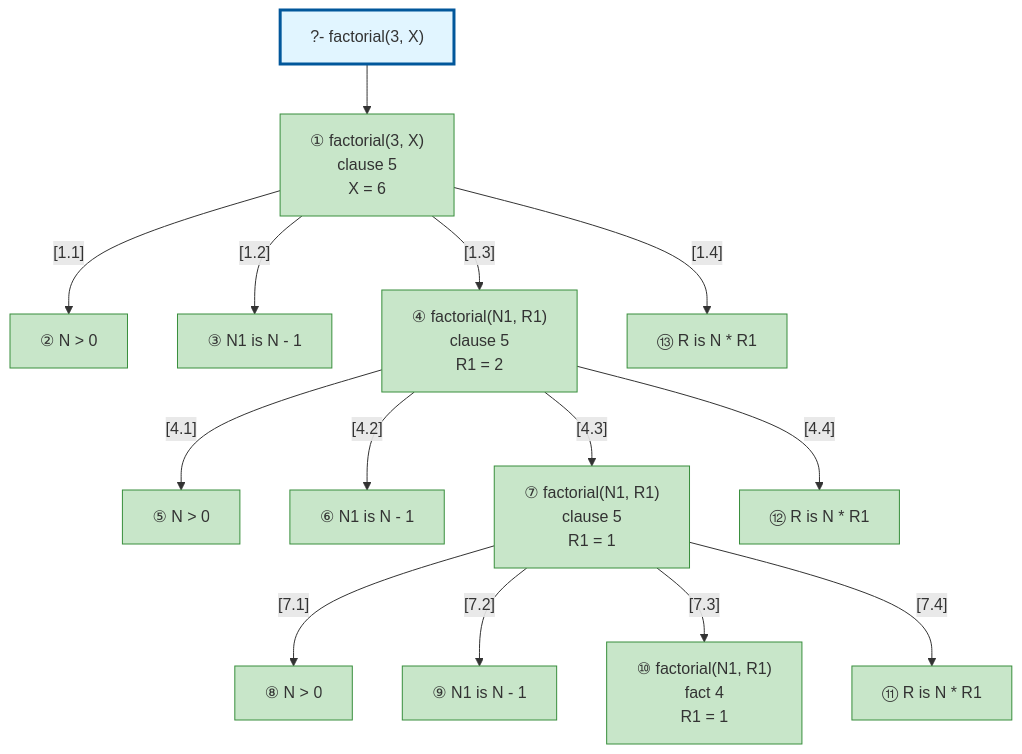
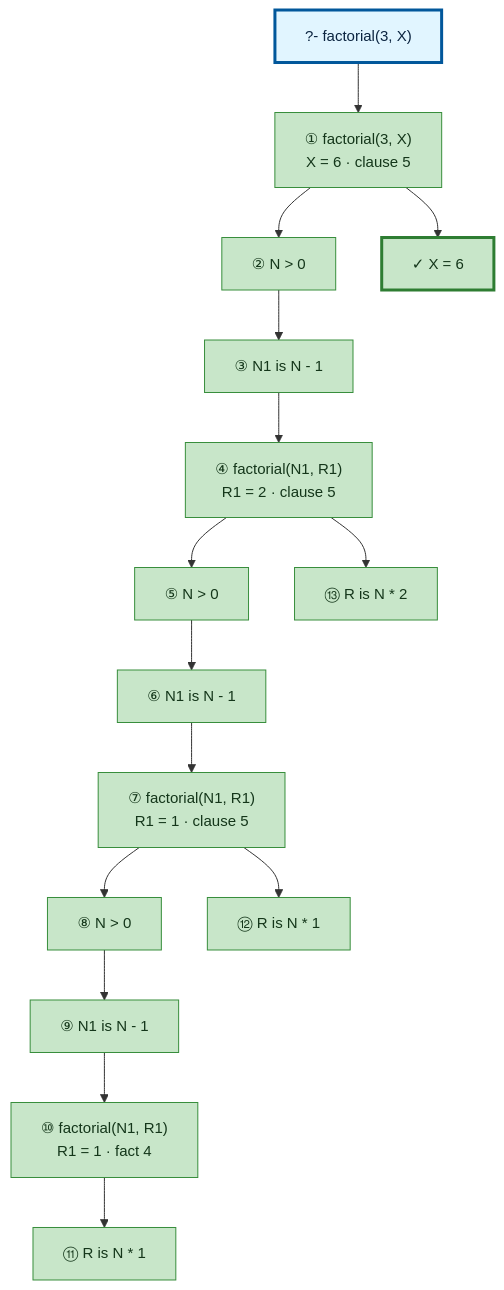
Before and after one commit to textologylabs/prolog-trace-viz: the diagram in examples/factorial-output.md, drawn with Mermaid. The commit also changed 8 other files, not shown here.

First line of the commit message:
✨ render the call tree as an execution flow with backtracking loops

````diff
--- a/examples/factorial-output.md
+++ b/examples/factorial-output.md
@@ -89,50 +89,54 @@
 ```mermaid
+%%{init: {'flowchart': {'nodeSpacing': 46, 'rankSpacing': 50}, 'themeVariables': {'fontSize': '15px'}}}%%
 graph TD
 
 %% Nodes
 A["?- factorial(3, X)"]
-B["① factorial(3, X)<br/>clause 5<br/>X = 6"]
+B["① factorial(3, X)<br/>X = 6 · clause 5"]
 C["② N &gt; 0"]
 D["③ N1 is N - 1"]
-E["④ factorial(N1, R1)<br/>clause 5<br/>R1 = 2"]
+E["④ factorial(N1, R1)<br/>R1 = 2 · clause 5"]
 F["⑤ N &gt; 0"]
 G["⑥ N1 is N - 1"]
-H["⑦ factorial(N1, R1)<br/>clause 5<br/>R1 = 1"]
+H["⑦ factorial(N1, R1)<br/>R1 = 1 · clause 5"]
 I["⑧ N &gt; 0"]
 J["⑨ N1 is N - 1"]
-K["⑩ factorial(N1, R1)<br/>fact 4<br/>R1 = 1"]
-L["⑪ R is N * R1"]
-M["⑫ R is N * R1"]
-N["⑬ R is N * R1"]
+K["⑩ factorial(N1, R1)<br/>R1 = 1 · fact 4"]
+L["⑪ R is N * 1"]
+M["⑫ R is N * 1"]
+N["⑬ R is N * 2"]
+O["✓ X = 6"]
 
-%% Edges
+%% Flow
 A --> B
-B -->|"[1.1]"| C
-B -->|"[1.2]"| D
-B -->|"[1.3]"| E
-E -->|"[4.1]"| F
-E -->|"[4.2]"| G
-E -->|"[4.3]"| H
-H -->|"[7.1]"| I
-H -->|"[7.2]"| J
-H -->|"[7.3]"| K
-H -->|"[7.4]"| L
-E -->|"[4.4]"| M
-B -->|"[1.4]"| N
+B --> C
+C --> D
+D --> E
+E --> F
+F --> G
+G --> H
+H --> I
+I --> J
+J --> K
+K --> L
+H --> M
+E --> N
+B --> O
 
 %% Styles
-style A fill:#e1f5ff,stroke:#01579b,stroke-width:3px
-style B fill:#c8e6c9,stroke:#388e3c
-style C fill:#c8e6c9,stroke:#388e3c
-style D fill:#c8e6c9,stroke:#388e3c
-style E fill:#c8e6c9,stroke:#388e3c
-style F fill:#c8e6c9,stroke:#388e3c
-style G fill:#c8e6c9,stroke:#388e3c
-style H fill:#c8e6c9,stroke:#388e3c
-style I fill:#c8e6c9,stroke:#388e3c
-style J fill:#c8e6c9,stroke:#388e3c
-style K fill:#c8e6c9,stroke:#388e3c
-style L fill:#c8e6c9,stroke:#388e3c
-style M fill:#c8e6c9,stroke:#388e3c
-style N fill:#c8e6c9,stroke:#388e3c
+style A fill:#e1f5ff,stroke:#01579b,stroke-width:3px,color:#0b2440
+style B fill:#c8e6c9,stroke:#388e3c,color:#14361a
+style C fill:#c8e6c9,stroke:#388e3c,color:#14361a
+style D fill:#c8e6c9,stroke:#388e3c,color:#14361a
+style E fill:#c8e6c9,stroke:#388e3c,color:#14361a
+style F fill:#c8e6c9,stroke:#388e3c,color:#14361a
+style G fill:#c8e6c9,stroke:#388e3c,color:#14361a
+style H fill:#c8e6c9,stroke:#388e3c,color:#14361a
+style I fill:#c8e6c9,stroke:#388e3c,color:#14361a
+style J fill:#c8e6c9,stroke:#388e3c,color:#14361a
+style K fill:#c8e6c9,stroke:#388e3c,color:#14361a
+style L fill:#c8e6c9,stroke:#388e3c,color:#14361a
+style M fill:#c8e6c9,stroke:#388e3c,color:#14361a
+style N fill:#c8e6c9,stroke:#388e3c,color:#14361a
+style O fill:#c8e6c9,stroke:#2e7d32,stroke-width:3px,color:#14361a
 ```
````
